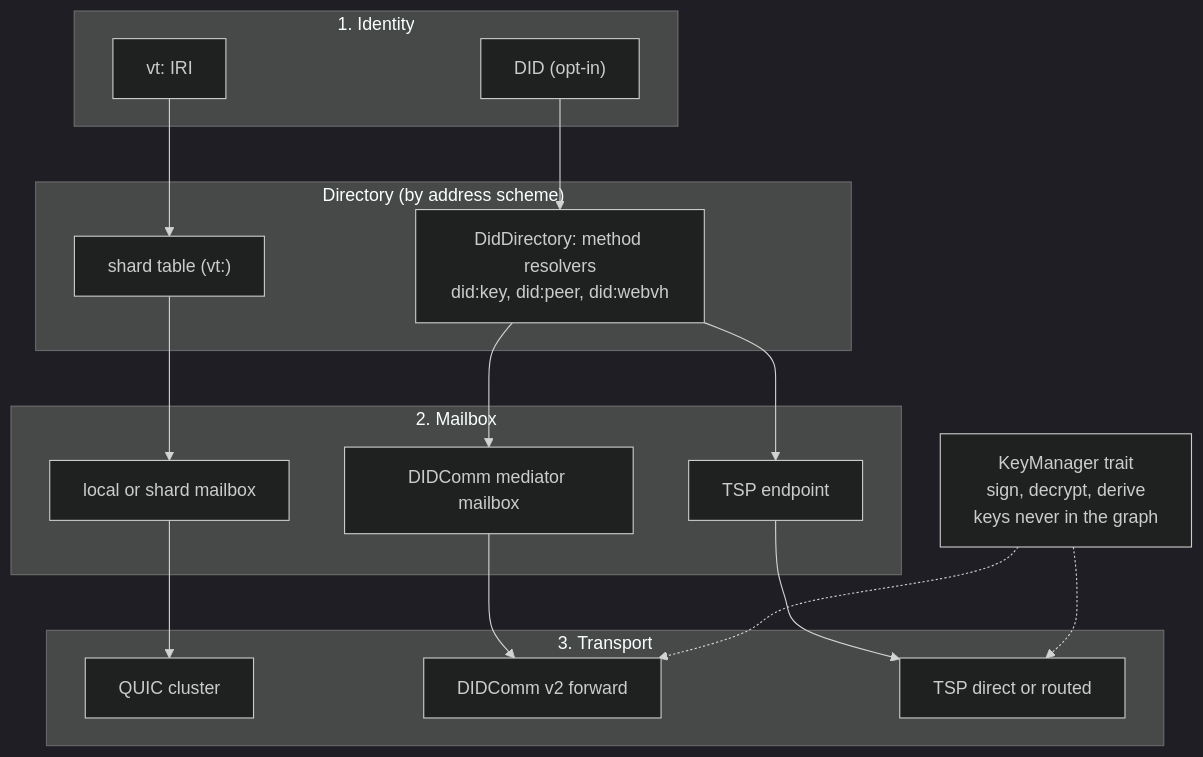
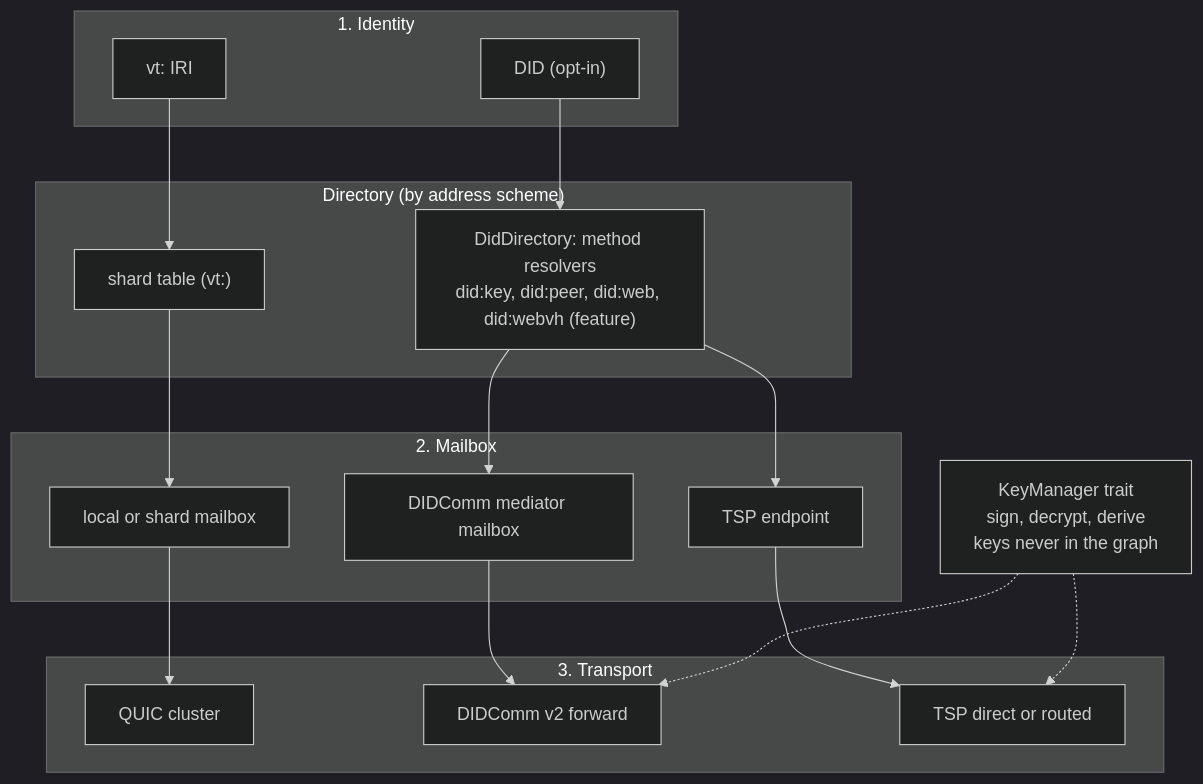
Before and after one commit to Volland/vertep: the tenth of 14 diagrams in tg.md/views/distribution.md, drawn with Mermaid (dark theme). The commit also changed other lines of this file and 9 other files, not shown here.

First line of the commit message:
Bring the architecture views in line with the code

````diff
--- a/tg.md/views/distribution.md
+++ b/tg.md/views/distribution.md
@@ -385,26 +385,26 @@
 ```mermaid
 flowchart TD
     subgraph Identity["1. Identity"]
         IRI["vt: IRI"]
         DID["DID (opt-in)"]
     end
     subgraph Directory["Directory (by address scheme)"]
         SD["shard table (vt:)"]
-        DD["DidDirectory: method resolvers<br/>did:key, did:peer, did:webvh"]
+        DD["DidDirectory: method resolvers<br/>did:key, did:peer, did:web, did:webvh (feature)"]
     end
     subgraph Mailbox["2. Mailbox"]
         LM["local or shard mailbox"]
         MM["DIDComm mediator mailbox"]
         TE["TSP endpoint"]
     end
     subgraph Transport["3. Transport"]
         Q["QUIC cluster"]
         DC["DIDComm v2 forward"]
         TS["TSP direct or routed"]
     end
     IRI --> SD --> LM --> Q
     DID --> DD --> MM --> DC
     DD --> TE --> TS
     KM["KeyManager trait<br/>sign, decrypt, derive<br/>keys never in the graph"] -.-> DC
     KM -.-> TS
 ```
````
